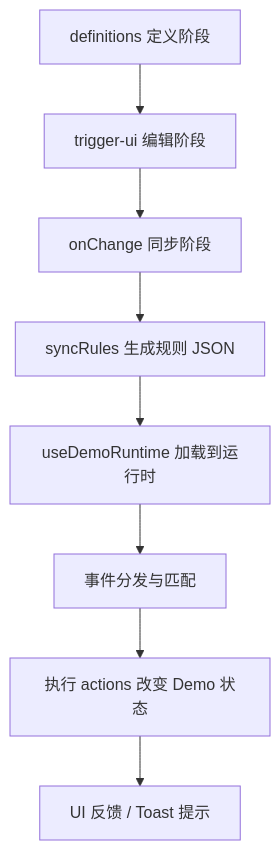
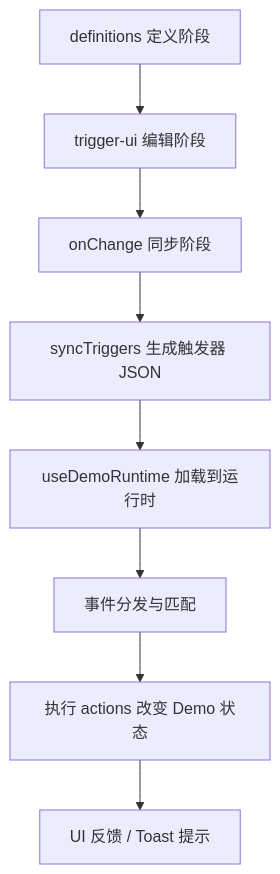
Before and after one commit to triggerix-lang/triggerix-lang.github.io: the fourth of 4 diagrams in README_CN.md, drawn with Mermaid. The commit also changed other lines of this file and 15 other files, not shown here.

````diff
--- a/README_CN.md
+++ b/README_CN.md
@@ -247,10 +247,10 @@
 ```mermaid
 graph TB
     A[definitions 定义阶段] --> B[trigger-ui 编辑阶段]
     B --> C[onChange 同步阶段]
-    C --> D[syncRules 生成规则 JSON]
+    C --> D[syncTriggers 生成触发器 JSON]
     D --> E[useDemoRuntime 加载到运行时]
     E --> F[事件分发与匹配]
     F --> G[执行 actions 改变 Demo 状态]
     G --> H[UI 反馈 / Toast 提示]
 ```
````
